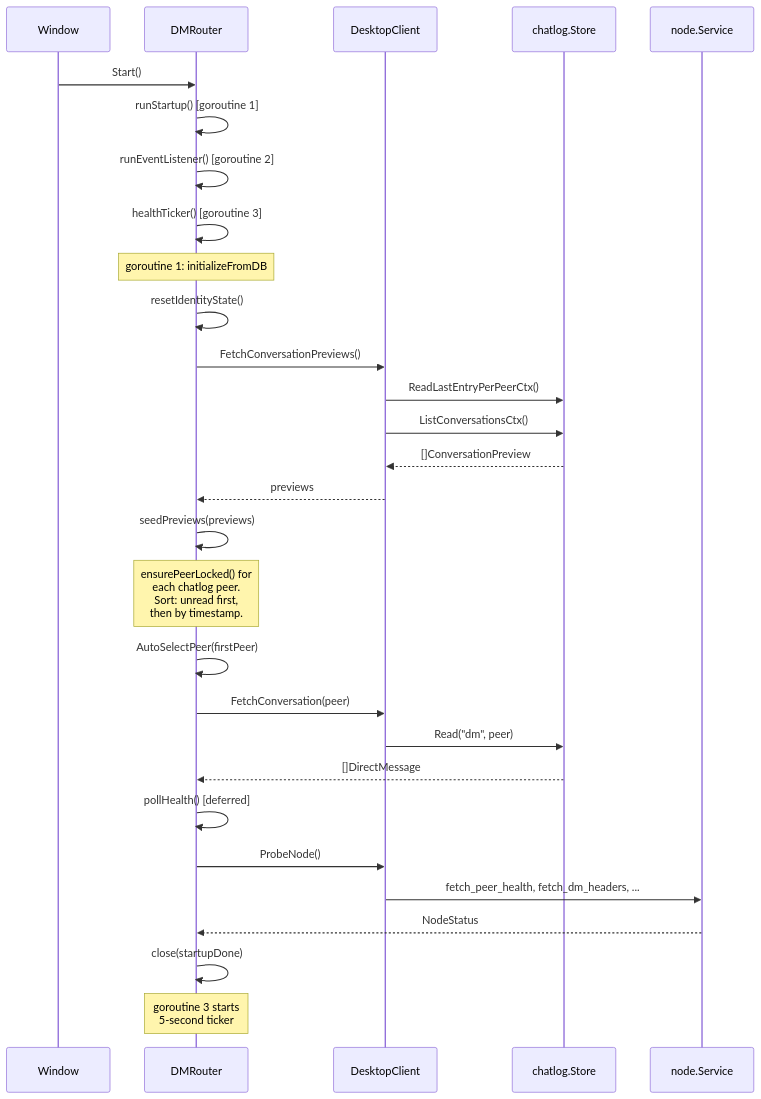
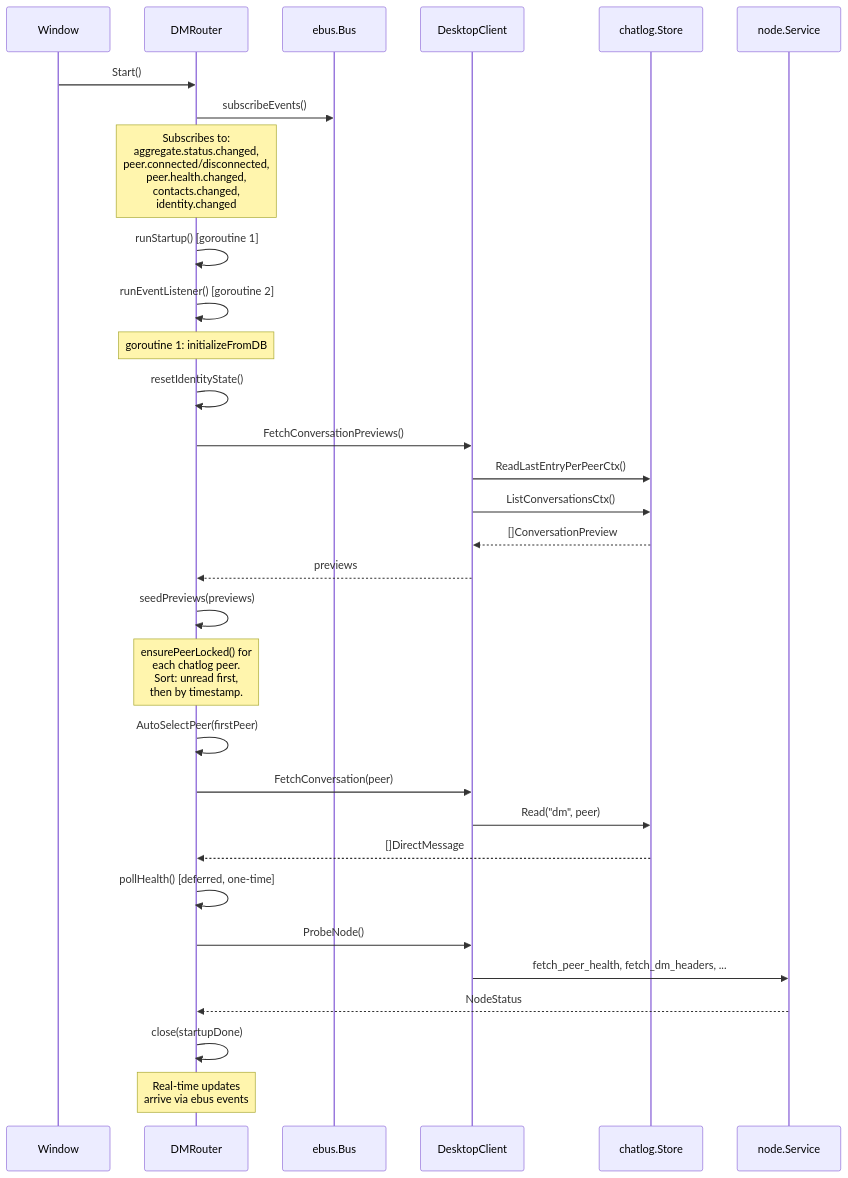
Before and after one commit to piratecash/corsa: the second of 10 diagrams in docs/ui.md, drawn with Mermaid. The commit also changed other lines of this file and 75 other files, not shown here.

First line of the commit message:
refactor(ebus): introduce async topic bus and move node state propagation onto ebus

````diff
--- a/docs/ui.md
+++ b/docs/ui.md
@@ -78,38 +79,40 @@
 ```mermaid
 sequenceDiagram
     participant Win as Window
     participant Router as DMRouter
+    participant eBus as ebus.Bus
     participant Client as DesktopClient
     participant DB as chatlog.Store
     participant Node as node.Service
 
     Win->>Router: Start()
+    Router->>eBus: subscribeEvents()
+    Note over Router: Subscribes to:<br/>aggregate.status.changed,<br/>peer.connected/disconnected,<br/>peer.health.changed,<br/>contacts.changed,<br/>identity.changed
     Router->>Router: runStartup() [goroutine 1]
     Router->>Router: runEventListener() [goroutine 2]
-    Router->>Router: healthTicker() [goroutine 3]
 
     Note over Router: goroutine 1: initializeFromDB
 
     Router->>Router: resetIdentityState()
     Router->>Client: FetchConversationPreviews()
     Client->>DB: ReadLastEntryPerPeerCtx()
     Client->>DB: ListConversationsCtx()
     DB-->>Client: []ConversationPreview
     Client-->>Router: previews
 
     Router->>Router: seedPreviews(previews)
     Note over Router: ensurePeerLocked() for<br/>each chatlog peer.<br/>Sort: unread first,<br/>then by timestamp.
 
     Router->>Router: AutoSelectPeer(firstPeer)
     Router->>Client: FetchConversation(peer)
     Client->>DB: Read("dm", peer)
     DB-->>Router: []DirectMessage
 
-    Router->>Router: pollHealth() [deferred]
+    Router->>Router: pollHealth() [deferred, one-time]
     Router->>Client: ProbeNode()
     Client->>Node: fetch_peer_health, fetch_dm_headers, ...
     Node-->>Router: NodeStatus
 
     Router->>Router: close(startupDone)
-    Note over Router: goroutine 3 starts<br/>5-second ticker
+    Note over Router: Real-time updates<br/>arrive via ebus events
 ```
````
